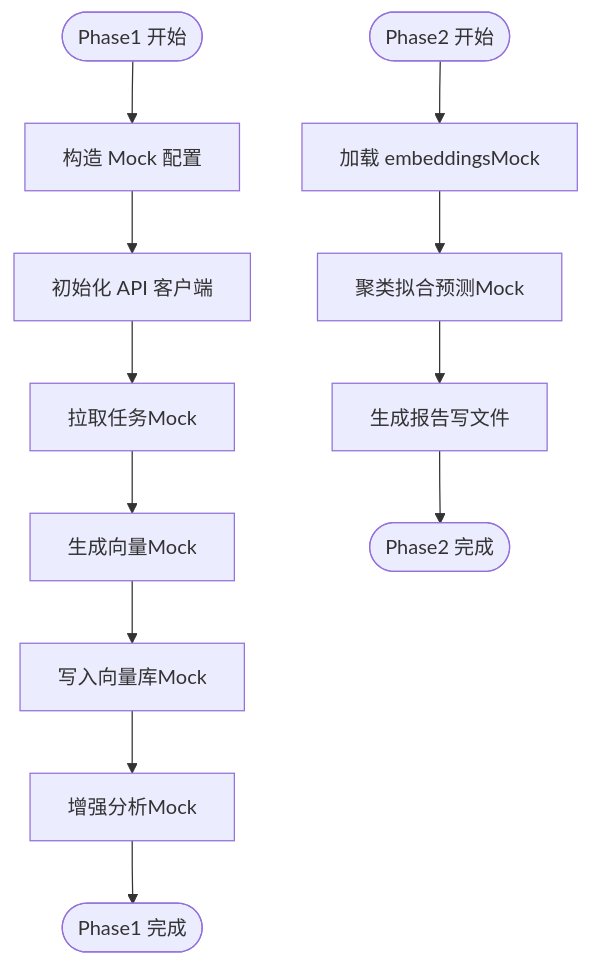
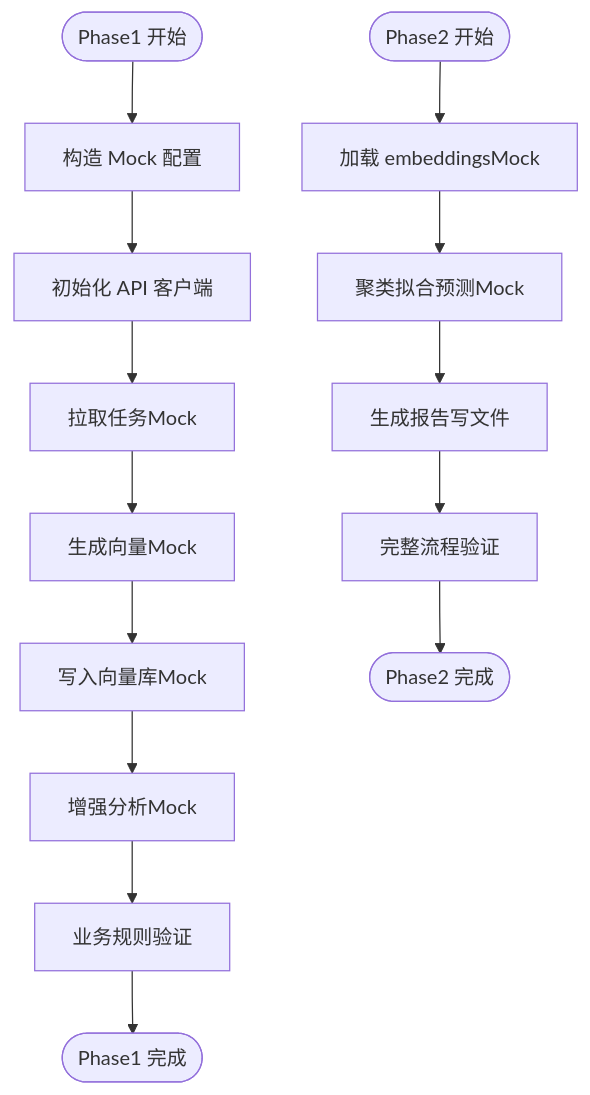
The fourth of 7 diagrams in .qoder/repowiki/zh/content/测试策略/端到端测试/端到端测试.md (boyingliu01/fault-review-analyzer), drawn with Mermaid before and after one commit. The commit also changed other lines of this file and 125 other files, not shown here.

````diff
--- a/.qoder/repowiki/zh/content/测试策略/端到端测试/端到端测试.md
+++ b/.qoder/repowiki/zh/content/测试策略/端到端测试/端到端测试.md
@@ -185,14 +215,16 @@
 ```mermaid
 flowchart TD
 PStart(["Phase1 开始"]) --> MockCfg["构造 Mock 配置"]
 MockCfg --> InitAPI["初始化 API 客户端"]
 InitAPI --> FetchTask["拉取任务Mock"]
 FetchTask --> Embed["生成向量Mock"]
 Embed --> Store["写入向量库Mock"]
 Store --> Analyze["增强分析Mock"]
-Analyze --> PEnd(["Phase1 完成"])
+Analyze --> ValidateRules["业务规则验证"]
+ValidateRules --> PEnd(["Phase1 完成"])
 SStart(["Phase2 开始"]) --> LoadEmb["加载 embeddingsMock"]
 LoadEmb --> Cluster["聚类拟合预测Mock"]
 Cluster --> Report["生成报告写文件"]
-Report --> SEnd(["Phase2 完成"])
+Report --> FullFlow["完整流程验证"]
+FullFlow --> SEnd(["Phase2 完成"])
 ```
````
